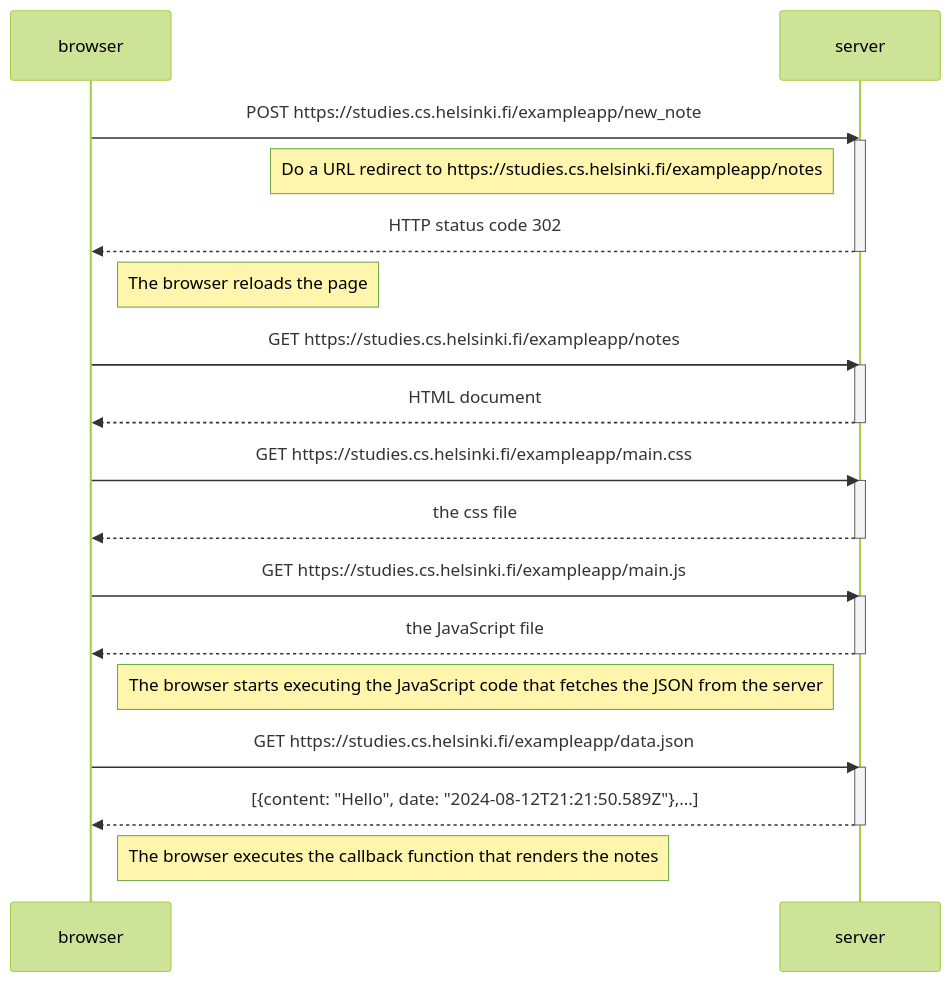
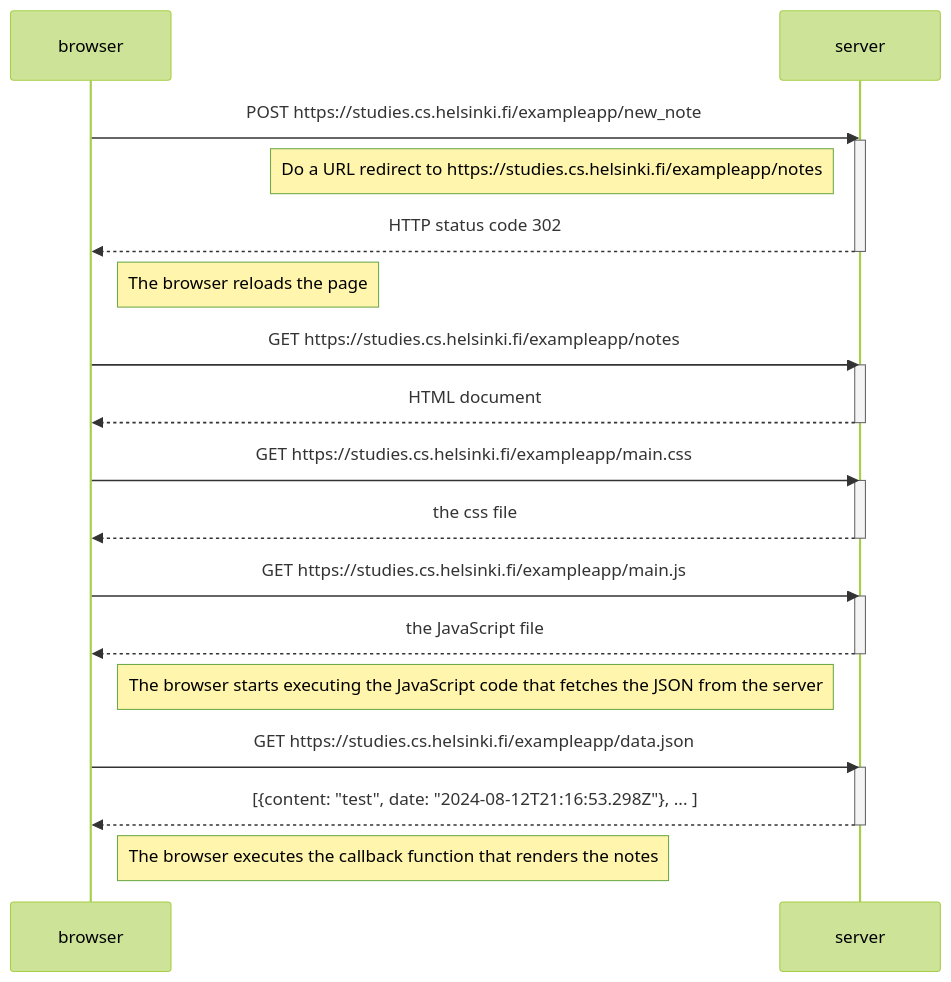
Before and after one commit to 29yabuki/fullstackopen-exercises: the diagram in part0/0.4.md, drawn with Mermaid (forest theme). The commit also changed 1 other file, not shown here.

Commit message:
reformatted json server to browser

````diff
--- a/part0/0.4.md
+++ b/part0/0.4.md
@@ -1,38 +1,38 @@
 ```mermaid
 
 sequenceDiagram
     participant browser
     participant server
 
     browser->>server: POST https://studies.cs.helsinki.fi/exampleapp/new_note
     activate server
     Note left of server: Do a URL redirect to https://studies.cs.helsinki.fi/exampleapp/notes
     server-->>browser: HTTP status code 302
     deactivate server
 
     Note right of browser: The browser reloads the page
 
     browser->>server: GET https://studies.cs.helsinki.fi/exampleapp/notes
     activate server
     server-->>browser: HTML document
     deactivate server
 
     browser->>server: GET https://studies.cs.helsinki.fi/exampleapp/main.css
     activate server
     server-->>browser: the css file
     deactivate server
 
     browser->>server: GET https://studies.cs.helsinki.fi/exampleapp/main.js
     activate server
     server-->>browser: the JavaScript file
     deactivate server
 
     Note right of browser: The browser starts executing the JavaScript code that fetches the JSON from the server
 
     browser->>server: GET https://studies.cs.helsinki.fi/exampleapp/data.json
     activate server
-    server-->>browser: [{content: "Hello", date: "2024-08-12T21:21:50.589Z"},…]
+    server-->>browser: [{content: "test", date: "2024-08-12T21:16:53.298Z"}, ... ]
     deactivate server
 
     Note right of browser: The browser executes the callback function that renders the notes
 ```
````
